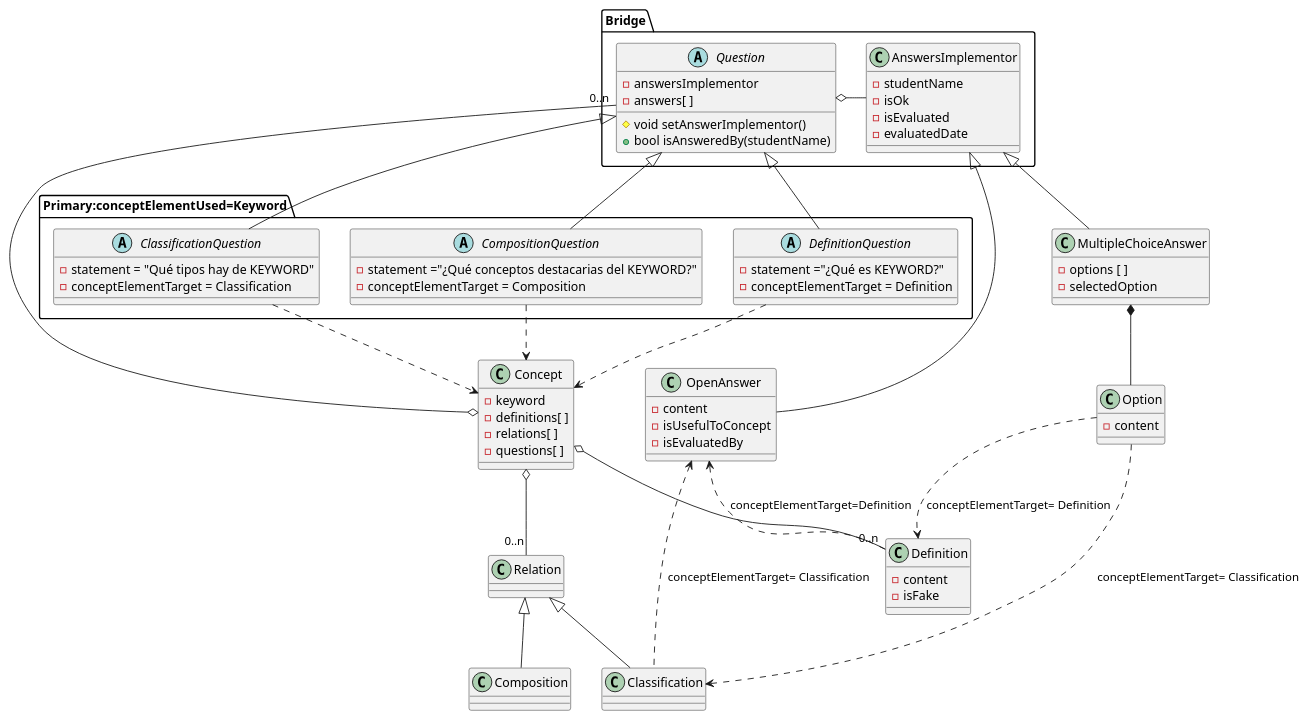
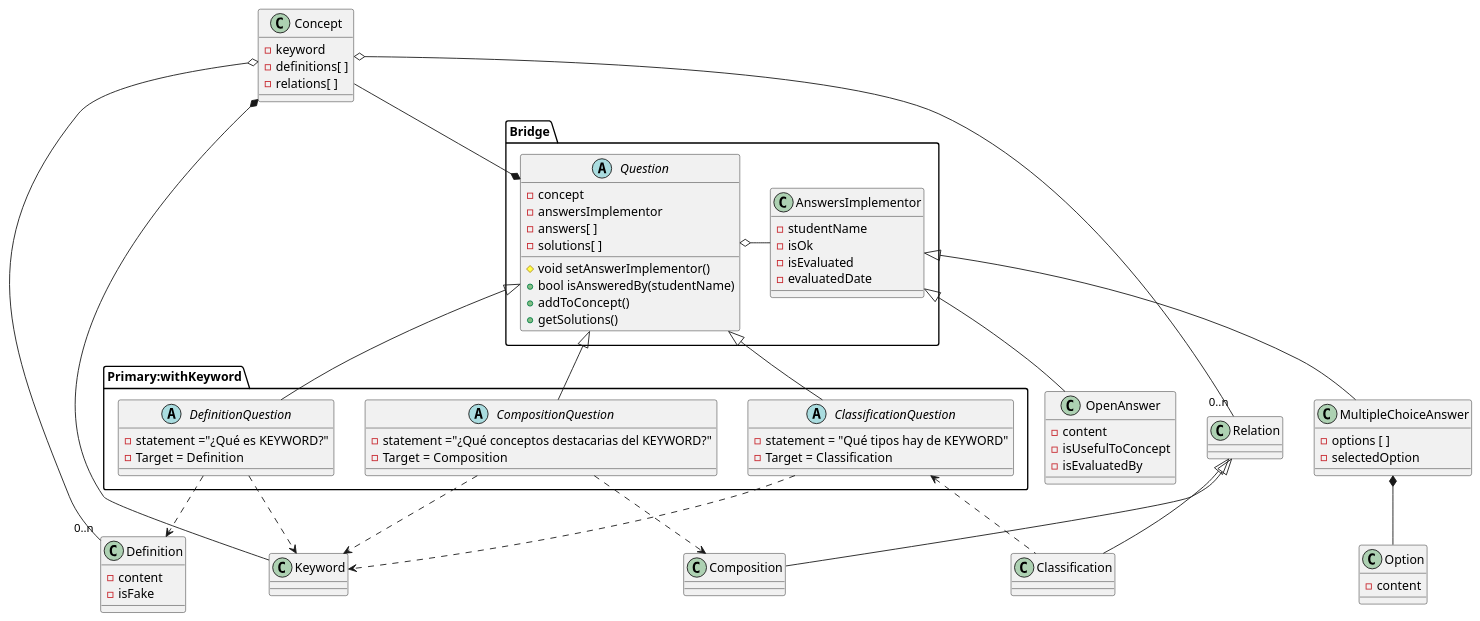
One commit to Joselon/ProyectoOpoTest changed the diagram in doc/dominio_detail_concept.puml. Above: the diagram before and after it, drawn with PlantUML. The commit also changed 1 other file, not shown here.

```diff
--- a/doc/dominio_detail_concept.puml
+++ b/doc/dominio_detail_concept.puml
@@ -1,99 +1,97 @@
 @startuml ConceptDomainDetailBridge2
 
 class Concept {
     - keyword
     - definitions[ ]
     - relations[ ]
-    - questions[ ]
 }
 
 class Definition {
     - content
     - isFake
 }
 
 class Relation
 
 class Classification
 
 class Composition
 
-package Primary:conceptElementUsed=Keyword {
+package Primary:withKeyword {
     abstract class DefinitionQuestion {
         - statement ="¿Qué es KEYWORD?"
-        - conceptElementTarget = Definition
+        - Target = Definition
     }
 
     abstract  class ClassificationQuestion {
         - statement = "Qué tipos hay de KEYWORD"
-        - conceptElementTarget = Classification
+        - Target = Classification
     }
 
     abstract class CompositionQuestion {
         - statement ="¿Qué conceptos destacarias del KEYWORD?"
-        - conceptElementTarget = Composition
+        - Target = Composition
     }
 }
 
 class OpenAnswer {
     - content
     - isUsefulToConcept
     - isEvaluatedBy
 }
 
 class MultipleChoiceAnswer {
     - options [ ]
     - selectedOption
 }
 
 class Option {
     -content
 }
 
 package Bridge {
     abstract class Question {
+        - concept
         - answersImplementor
         - answers[ ]
+        - solutions[ ]
         # void setAnswerImplementor()
         + bool isAnsweredBy(studentName)
+        + addToConcept()
+        + getSolutions()
     }
 
     class AnswersImplementor {
         - studentName
         - isOk
         - isEvaluated
         - evaluatedDate
     }
 }
 
 Question o- AnswersImplementor
 AnswersImplementor <|-- OpenAnswer
 AnswersImplementor <|-- MultipleChoiceAnswer
 
-
 MultipleChoiceAnswer *-- Option
 
-DefinitionQuestion ..> Concept
-ClassificationQuestion ..> Concept
-CompositionQuestion ..> Concept
+DefinitionQuestion ..> Keyword
+ClassificationQuestion ..> Keyword
+CompositionQuestion ..> Keyword
 
-Concept o-- "0..n" Question
-Concept o--"0..n" Definition
+Concept --* Question
+Concept *- Keyword
+Concept o-"0..n" Definition
 
-Concept o-- "0..n" Relation
+Concept o- "0..n" Relation
 Relation <|-- Classification
 Relation <|-- Composition
 
-
 Question <|-- DefinitionQuestion
-OpenAnswer <.. Definition:conceptElementTarget=Definition
-Option ..> Definition :conceptElementTarget= Definition
+DefinitionQuestion ..> Definition 
 Question <|-- ClassificationQuestion
-OpenAnswer <.. Classification :conceptElementTarget= Classification
-Option ..> Classification :conceptElementTarget= Classification
-
+ClassificationQuestion <.. Classification 
 Question <|-- CompositionQuestion
-'OpenAnswer <.. Composition :conceptElementTarget= Composition
-'Option ..> Composition:conceptElementTarget= Composition 
+CompositionQuestion ..> Composition
 
 @enduml
```
